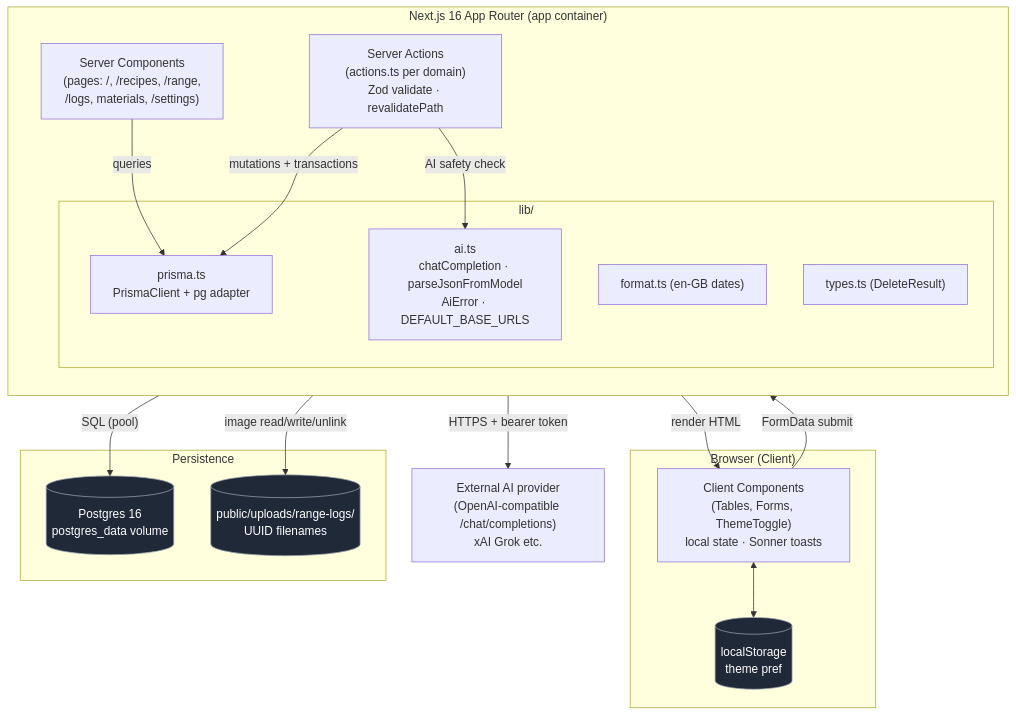
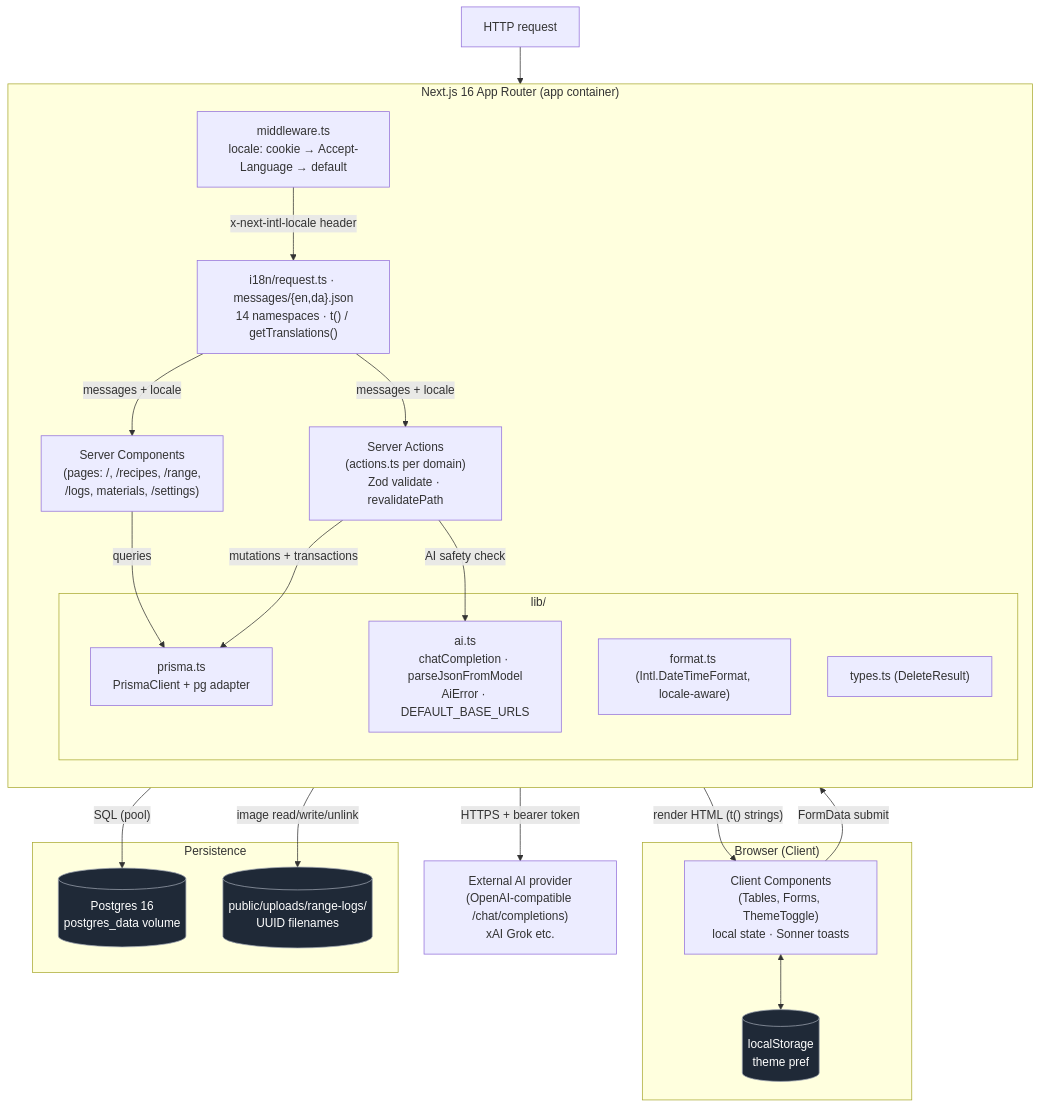
One commit to KennethEgholm/reloading changed the first of 3 diagrams in docs/architecture.md. Above: the diagram before and after it, drawn with Mermaid. The commit also changed 3 other files, not shown here.

````diff
--- a/docs/architecture.md
+++ b/docs/architecture.md
@@ -7,40 +7,46 @@
 ```mermaid
 graph TB
     subgraph Browser["Browser (Client)"]
         UI["Client Components<br/>(Tables, Forms, ThemeToggle)<br/>local state · Sonner toasts"]
         LS[("localStorage<br/>theme pref")]
     end
 
     subgraph Next["Next.js 16 App Router (app container)"]
         direction TB
+        MW["middleware.ts<br/>locale: cookie → Accept-Language → default"]
+        I18N["i18n/request.ts · messages/{en,da}.json<br/>14 namespaces · t() / getTranslations()"]
         SC["Server Components<br/>(pages: /, /recipes, /range,<br/>/logs, materials, /settings)"]
         SA["Server Actions<br/>(actions.ts per domain)<br/>Zod validate · revalidatePath"]
 
         subgraph Lib["lib/"]
             PRISMA["prisma.ts<br/>PrismaClient + pg adapter"]
             AI["ai.ts<br/>chatCompletion · parseJsonFromModel<br/>AiError · DEFAULT_BASE_URLS"]
-            FMT["format.ts (en-GB dates)"]
+            FMT["format.ts (Intl.DateTimeFormat, locale-aware)"]
             TYP["types.ts (DeleteResult)"]
         end
     end
 
     subgraph Storage["Persistence"]
         PG[("Postgres 16<br/>postgres_data volume")]
         FILES[("public/uploads/range-logs/<br/>UUID filenames")]
     end
 
     EXT["External AI provider<br/>(OpenAI-compatible /chat/completions)<br/>xAI Grok etc."]
 
+    REQ["HTTP request"] --> MW
+    MW -- "x-next-intl-locale header" --> I18N
+    I18N -- "messages + locale" --> SC
+    I18N -- "messages + locale" --> SA
     UI -- "FormData submit" --> SA
-    SC -- "render HTML" --> UI
+    SC -- "render HTML (t() strings)" --> UI
     UI <--> LS
     SC -- "queries" --> PRISMA
     SA -- "mutations + transactions" --> PRISMA
     SA -- "image read/write/unlink" --> FILES
     SA -- "AI safety check" --> AI
     AI -- "HTTPS + bearer token" --> EXT
     PRISMA -- "SQL (pool)" --> PG
 
     classDef store fill:#1f2937,stroke:#9ca3af,color:#fff;
     class PG,FILES,LS store;
 ```
````
